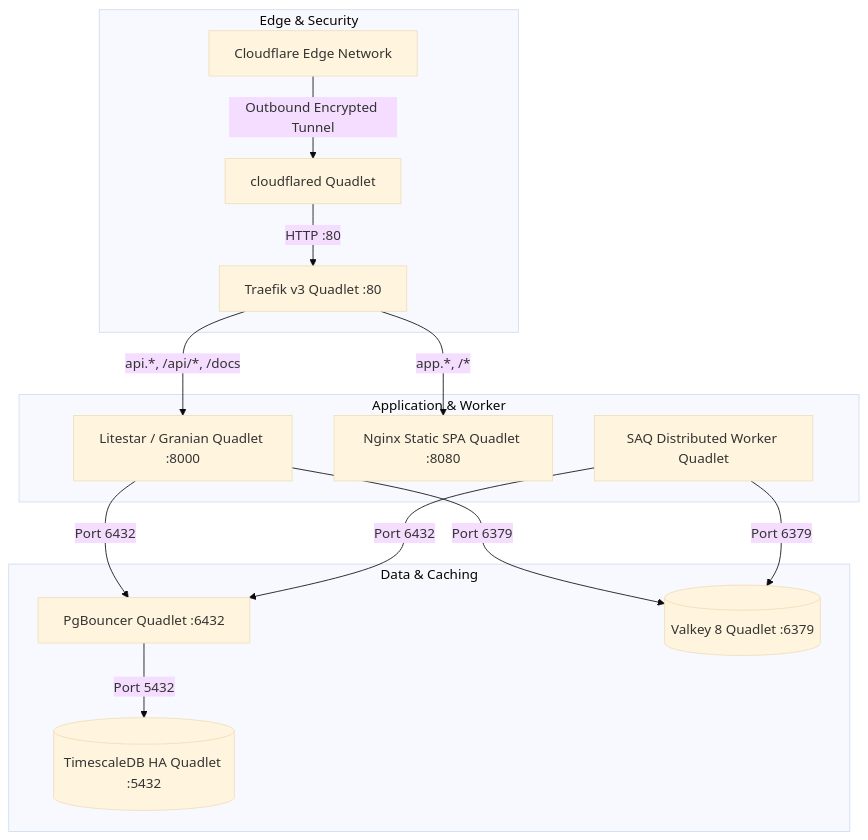
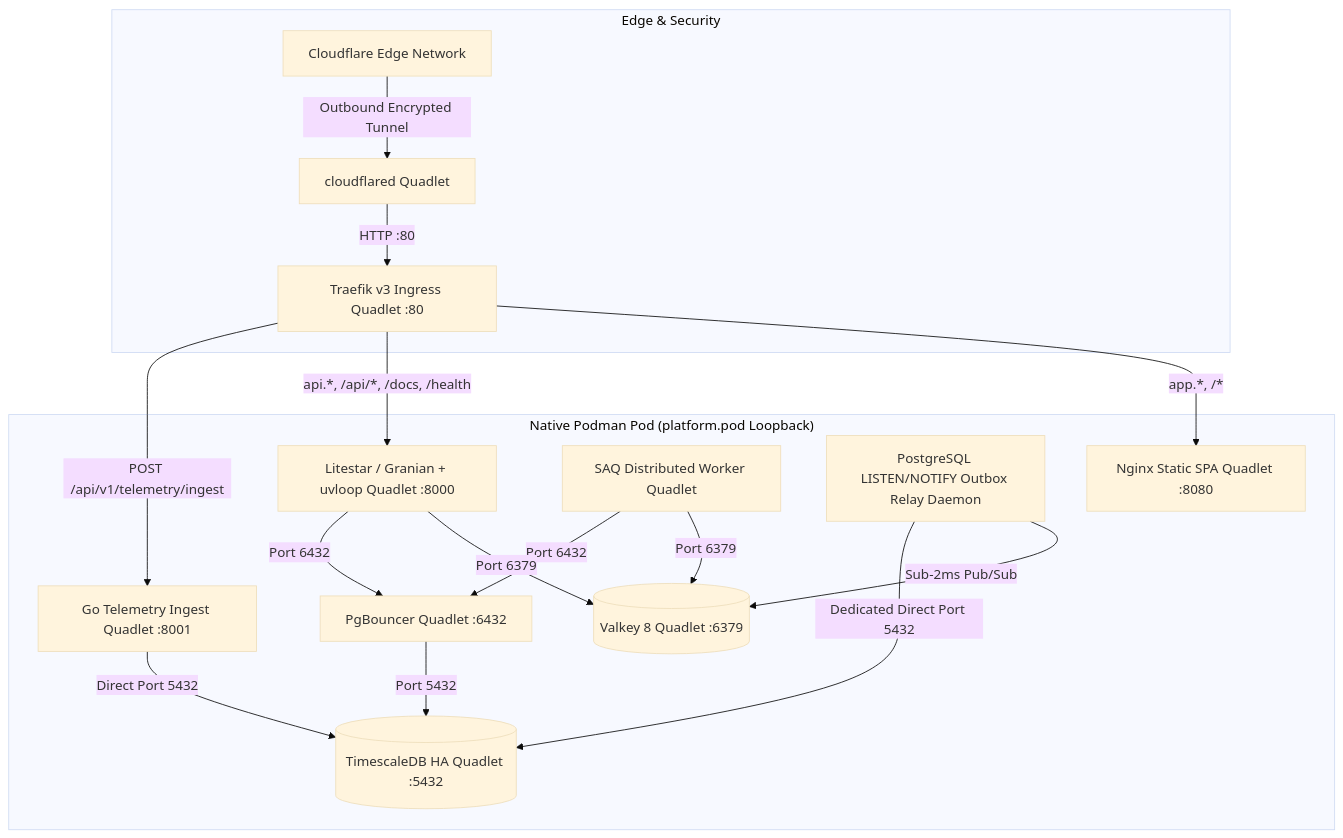
One commit to le-patrice/granite-template changed the diagram in docs/DEPLOYMENT.md. Above: the diagram before and after it, drawn with Mermaid (base theme). The commit also changed other lines of this file and 82 other files, not shown here.

First line of the commit message:
feat(arch): enforce pure podman 5, persistent volumes, traefik routing, and go telemetry bypass

````diff
--- a/docs/DEPLOYMENT.md
+++ b/docs/DEPLOYMENT.md
@@ -13,21 +13,24 @@
 ```mermaid
 flowchart TD
     subgraph Edge & Security
         CF[Cloudflare Edge Network] -->|Outbound Encrypted Tunnel| Tunnel[cloudflared Quadlet]
-        Tunnel -->|HTTP :80| Traefik[Traefik v3 Quadlet :80]
+        Tunnel -->|HTTP :80| Traefik[Traefik v3 Ingress Quadlet :80]
     end
 
-    subgraph Application & Worker
-        Traefik -->|api.*, /api/*, /docs| App[Litestar / Granian Quadlet :8000]
+    subgraph Native_Podman_Pod ["Native Podman Pod (platform.pod Loopback)"]
+        Traefik -->|POST /api/v1/telemetry/ingest| GoIngest[Go Telemetry Ingest Quadlet :8001]
+        Traefik -->|api.*, /api/*, /docs, /health| App[Litestar / Granian + uvloop Quadlet :8000]
         Traefik -->|app.*, /*| Frontend[Nginx Static SPA Quadlet :8080]
         Worker[SAQ Distributed Worker Quadlet]
-    end
+        OutboxRelay[PostgreSQL LISTEN/NOTIFY Outbox Relay Daemon]
 
-    subgraph Data & Caching
         App -->|Port 6432| PgBouncer[PgBouncer Quadlet :6432]
         Worker -->|Port 6432| PgBouncer
         PgBouncer -->|Port 5432| DB[(TimescaleDB HA Quadlet :5432)]
-        App -->|Port 6379| VK[(Valkey 8 Quadlet :6379)]
+        GoIngest -->|Direct Port 5432| DB
+        OutboxRelay -->|Dedicated Direct Port 5432| DB
+        OutboxRelay -->|Sub-2ms Pub/Sub| VK[(Valkey 8 Quadlet :6379)]
+        App -->|Port 6379| VK
         Worker -->|Port 6379| VK
     end
 ```
````
